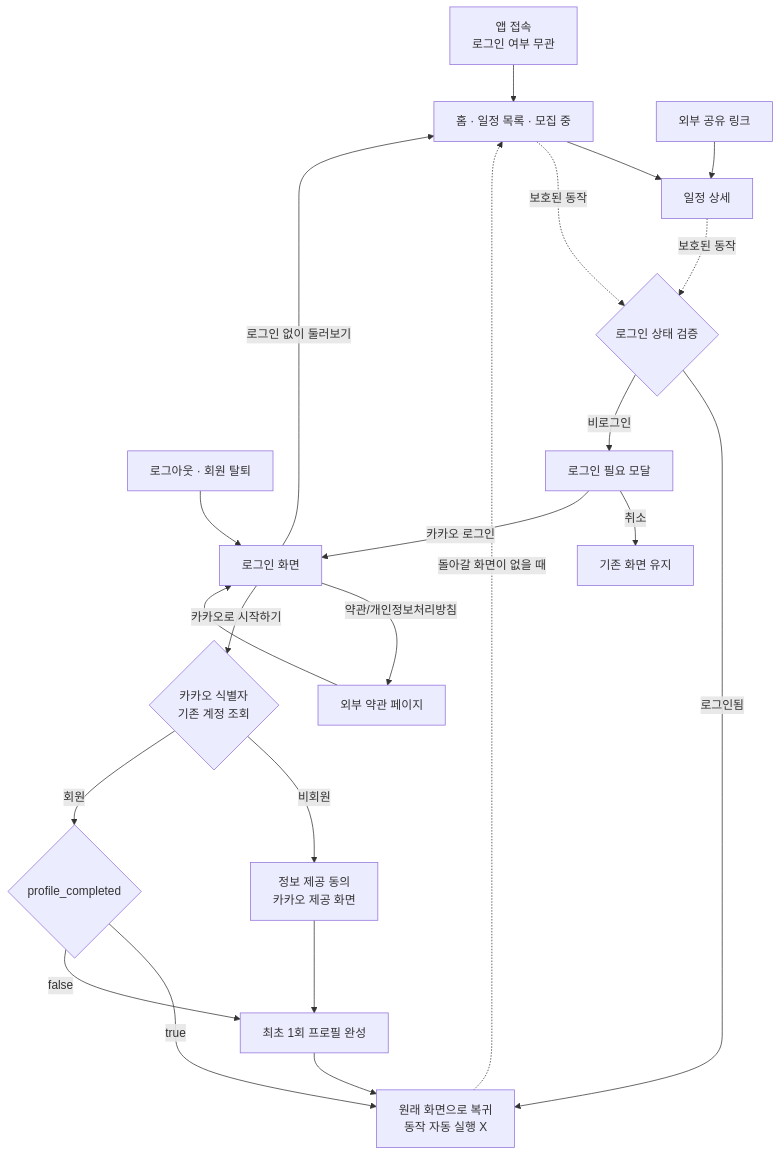
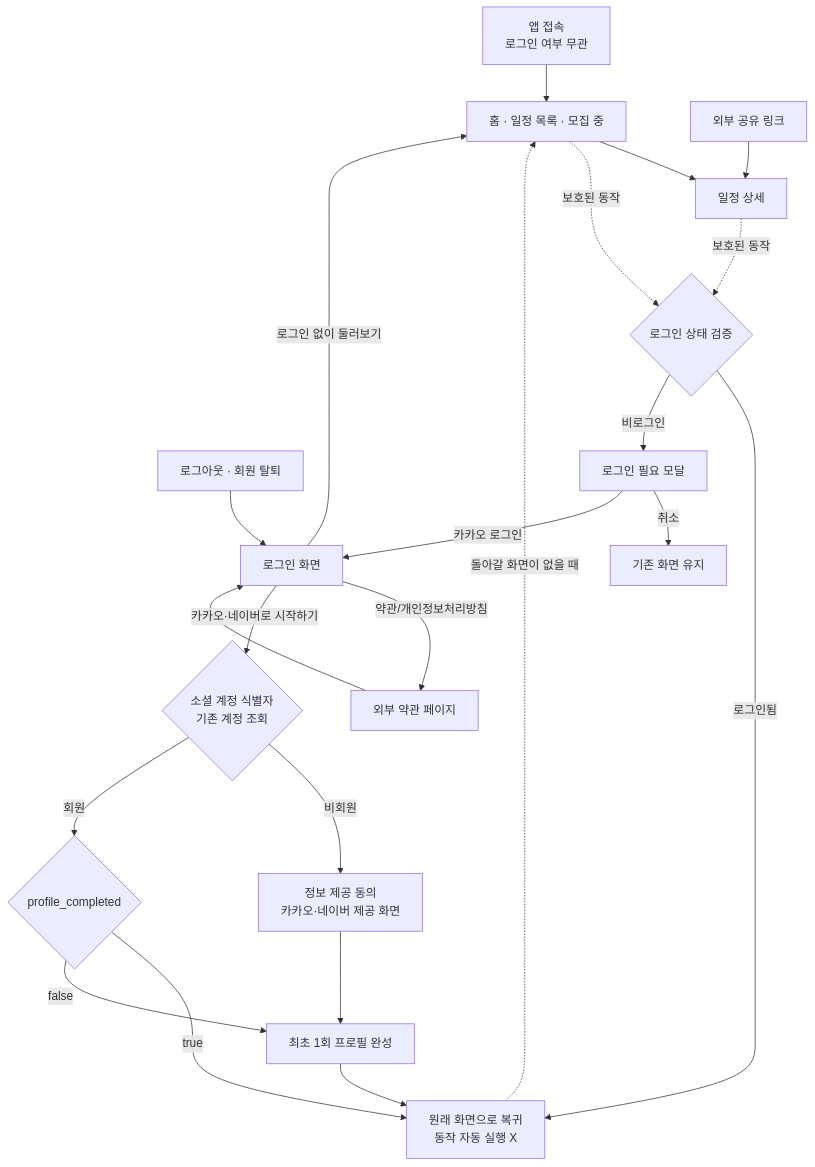
The first of 2 diagrams in docs/USER_FLOW.md (shineunsigan-project/snsg-fr), drawn with Mermaid before and after one commit. The commit also changed other lines of this file and 43 other files, not shown here.

First line of the commit message:
feat: 로그인·프로필 완성 화면 및 카카오 OAuth 로그인 연동

````diff
--- a/docs/USER_FLOW.md
+++ b/docs/USER_FLOW.md
@@ -63,22 +64,22 @@
 ```mermaid
 flowchart TD
     A[앱 접속<br/>로그인 여부 무관] --> H[홈 · 일정 목록 · 모집 중]
     OUT[로그아웃 · 회원 탈퇴] --> L[로그인 화면]
     L -->|로그인 없이 둘러보기| H
     L -->|약관/개인정보처리방침| T[외부 약관 페이지] --> L
-    L -->|카카오로 시작하기| K{카카오 식별자<br/>기존 계정 조회}
-    K -->|비회원| C[정보 제공 동의<br/>카카오 제공 화면] --> P[최초 1회 프로필 완성] --> R[원래 화면으로 복귀<br/>동작 자동 실행 X]
+    L -->|카카오·네이버로 시작하기| K{소셜 계정 식별자<br/>기존 계정 조회}
+    K -->|비회원| C[정보 제공 동의<br/>카카오·네이버 제공 화면] --> P[최초 1회 프로필 완성] --> R[원래 화면으로 복귀<br/>동작 자동 실행 X]
     K -->|회원| PC{profile_completed}
     PC -->|true| R
     PC -->|false| P
 
     H --> D[일정 상세]
     EXT[외부 공유 링크] --> D
     H -. 보호된 동작 .-> G{로그인 상태 검증}
     D -. 보호된 동작 .-> G
     G -->|로그인됨| R
     G -->|비로그인| M[로그인 필요 모달]
     M -->|취소| KEEP[기존 화면 유지]
     M -->|카카오 로그인| L
     R -.->|돌아갈 화면이 없을 때| H
 ```
````
